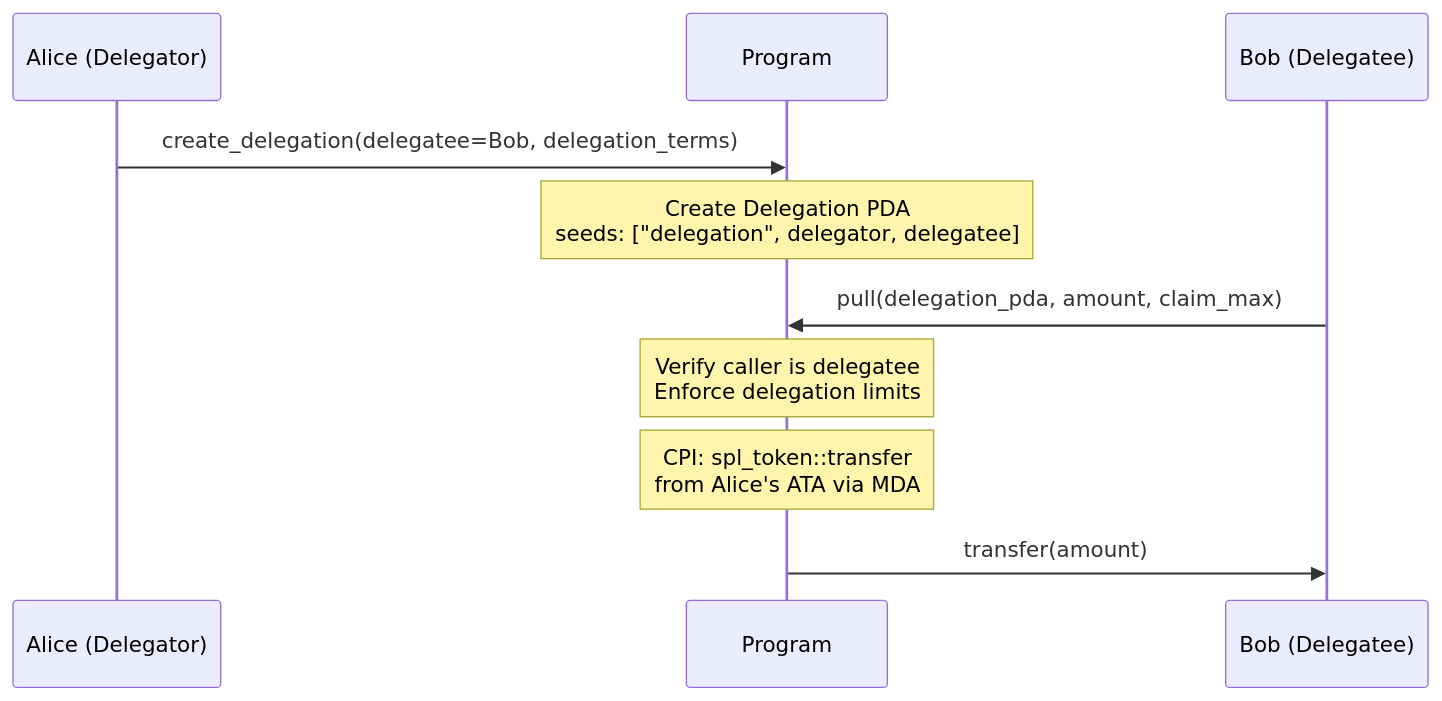
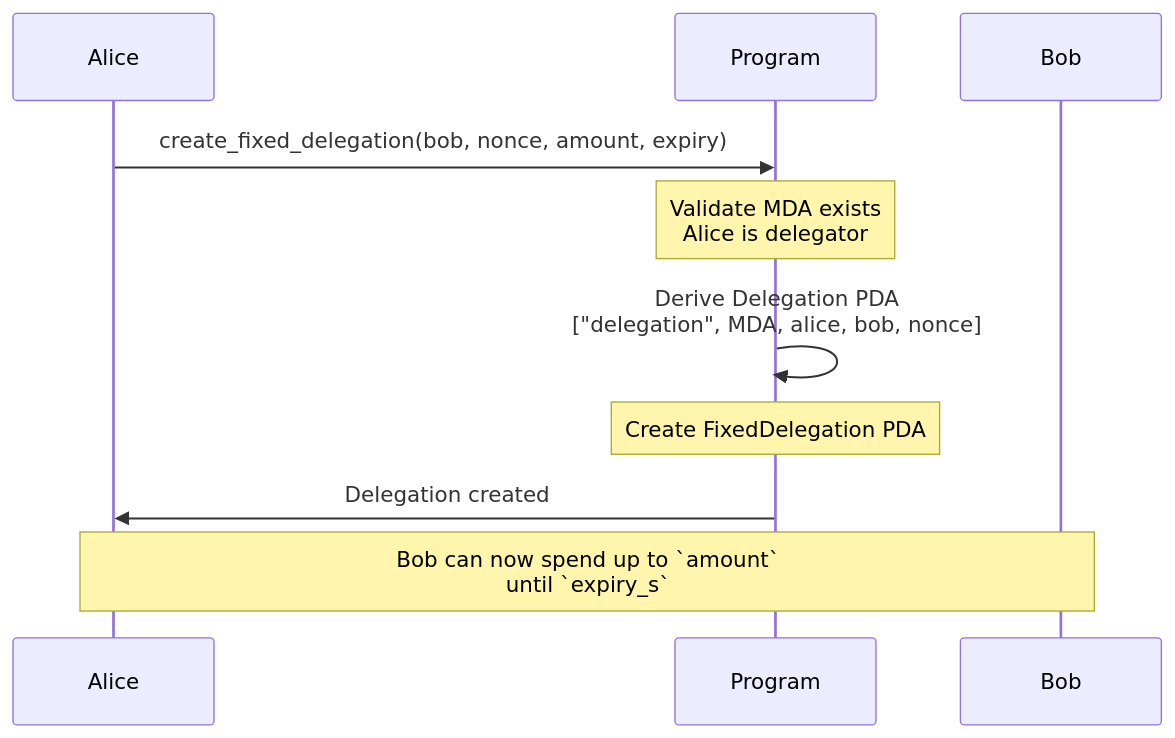
Before and after one commit to solana-program/multi-delegator: the third of 6 diagrams in docs/001-multi-delegator-architecture.md, drawn with Mermaid. The commit also changed other lines of this file and 1 other file, not shown here.

First line of the commit message:
feat: ADR-001 open questions for delegation transfer design (#14)

````diff
--- a/docs/001-multi-delegator-architecture.md
+++ b/docs/001-multi-delegator-architecture.md
@@ -309,14 +66,15 @@
 ```mermaid
 sequenceDiagram
-    participant U as Alice (Delegator)
+    participant A as Alice
     participant P as Program
-    participant B as Bob (Delegatee)
+    participant B as Bob
 
-    U->>P: create_delegation(delegatee=Bob, delegation_terms)
-    Note over P: Create Delegation PDA<br/>seeds: ["delegation", delegator, delegatee]
+    A->>P: create_fixed_delegation(bob, nonce, amount, expiry)
+    Note over P: Validate MDA exists<br/>Alice is delegator
 
-    B->>P: pull(delegation_pda, amount, claim_max)
-    Note over P: Verify caller is delegatee<br/>Enforce delegation limits
-    Note over P: CPI: spl_token::transfer<br/>from Alice's ATA via MDA
-    P->>B: transfer(amount)
+    P->>P: Derive Delegation PDA<br/>["delegation", MDA, alice, bob, nonce]
+    Note over P: Create FixedDelegation PDA
+    P->>A: Delegation created
+
+    Note over A,B: Bob can now spend up to `amount`<br/>until `expiry_s`
 ```
````
